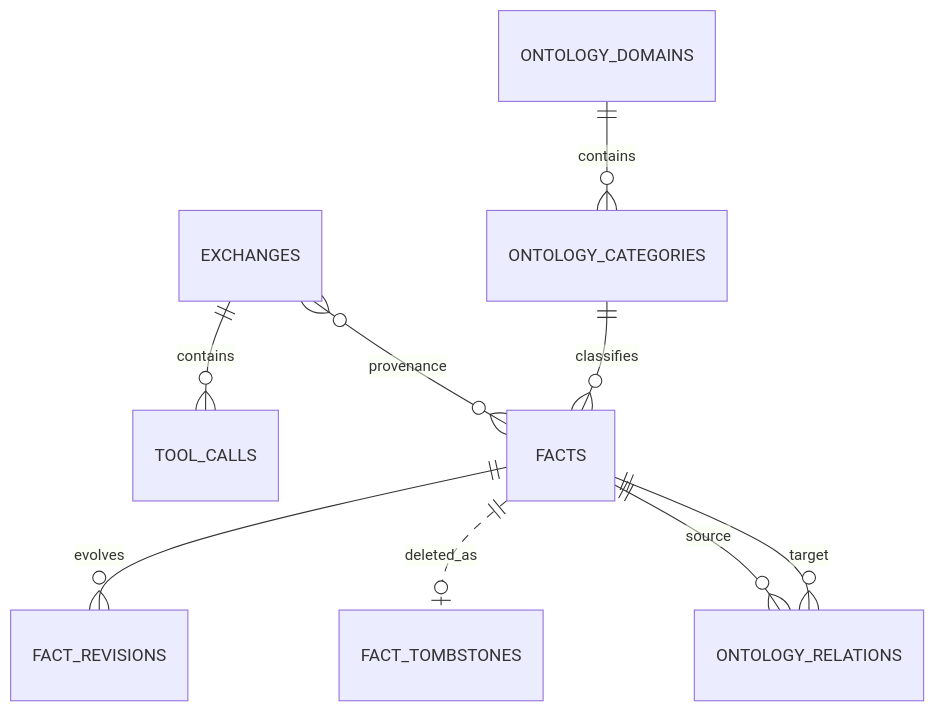
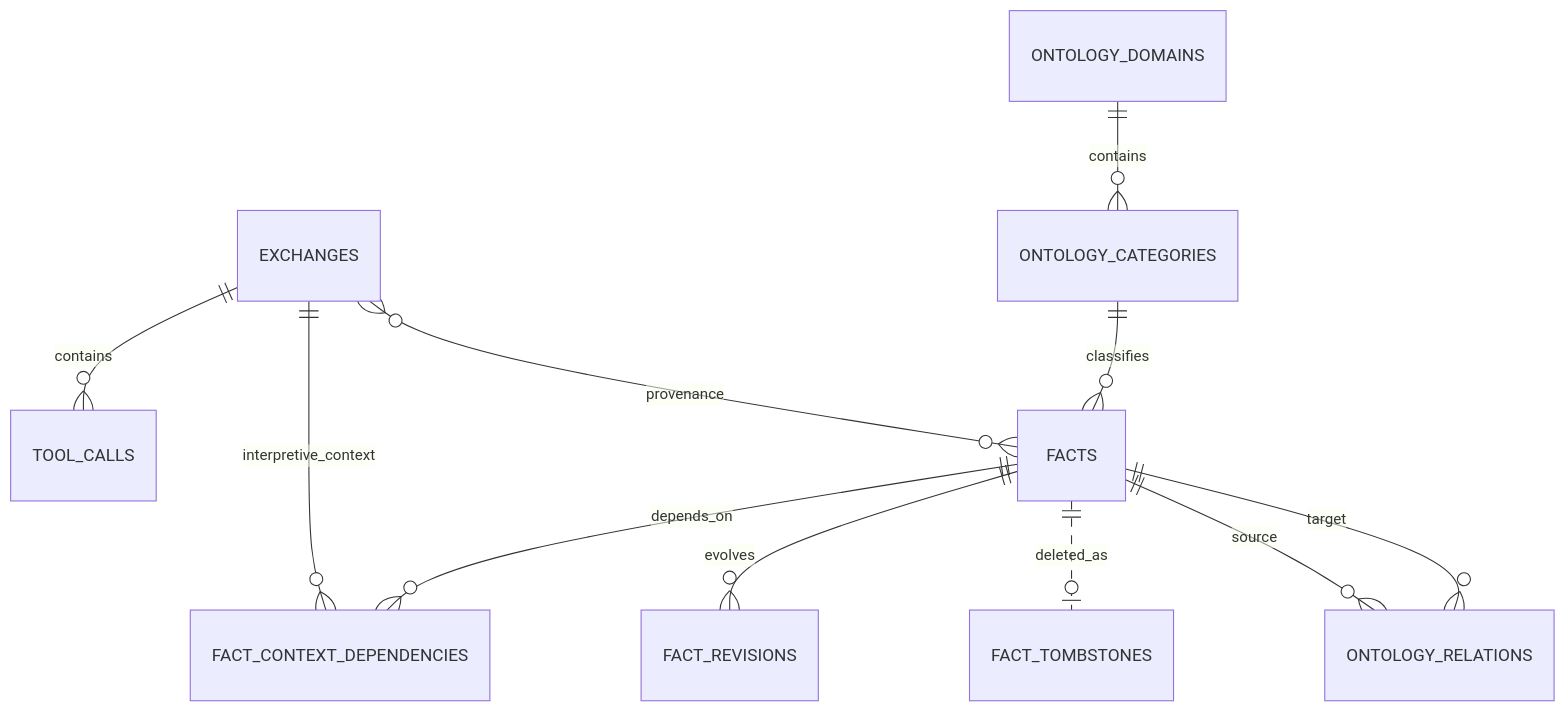
The diagram in docs/SCHEMA.md (BongSuCHOI/memex), drawn with Mermaid before and after one commit. The commit also changed other lines of this file and 42 other files, not shown here.

Commit message:
feat(extraction): persist context dependencies

````diff
--- a/docs/SCHEMA.md
+++ b/docs/SCHEMA.md
@@ -15,11 +15,13 @@
 ```mermaid
 erDiagram
     EXCHANGES ||--o{ TOOL_CALLS : contains
     EXCHANGES }o--o{ FACTS : provenance
+    EXCHANGES ||--o{ FACT_CONTEXT_DEPENDENCIES : interpretive_context
+    FACTS ||--o{ FACT_CONTEXT_DEPENDENCIES : depends_on
     FACTS ||--o{ FACT_REVISIONS : evolves
     FACTS ||..o| FACT_TOMBSTONES : deleted_as
     ONTOLOGY_DOMAINS ||--o{ ONTOLOGY_CATEGORIES : contains
     ONTOLOGY_CATEGORIES ||--o{ FACTS : classifies
     FACTS ||--o{ ONTOLOGY_RELATIONS : source
     FACTS ||--o{ ONTOLOGY_RELATIONS : target
 ```
````
